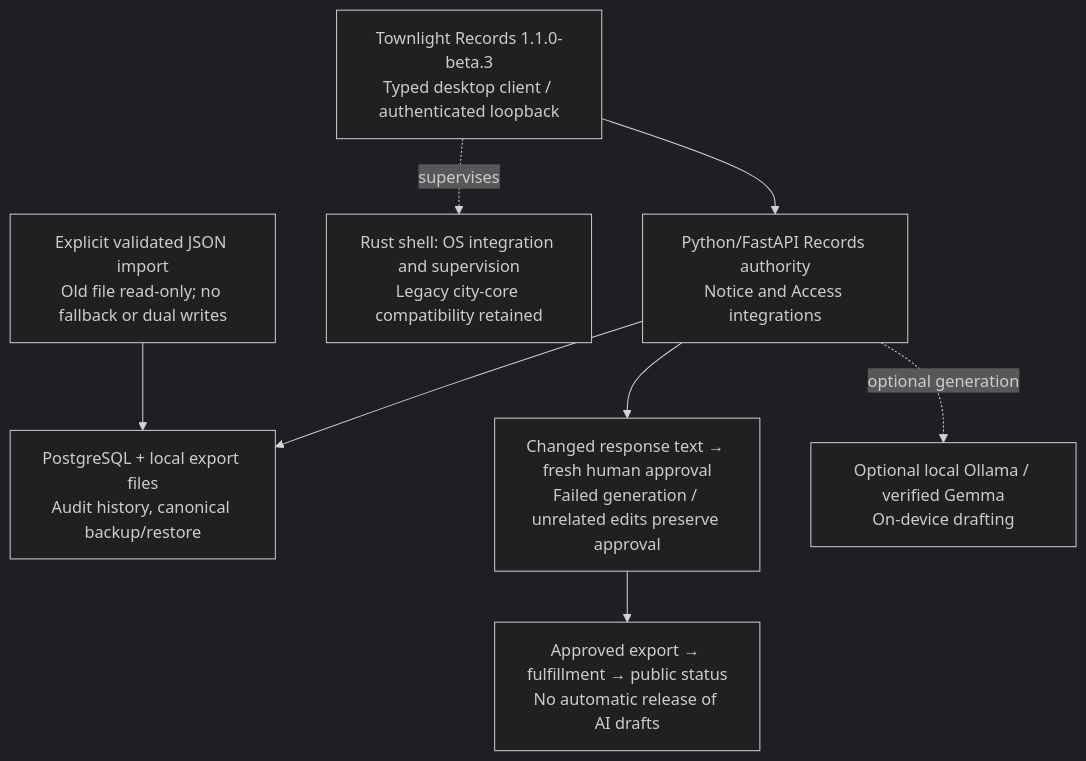
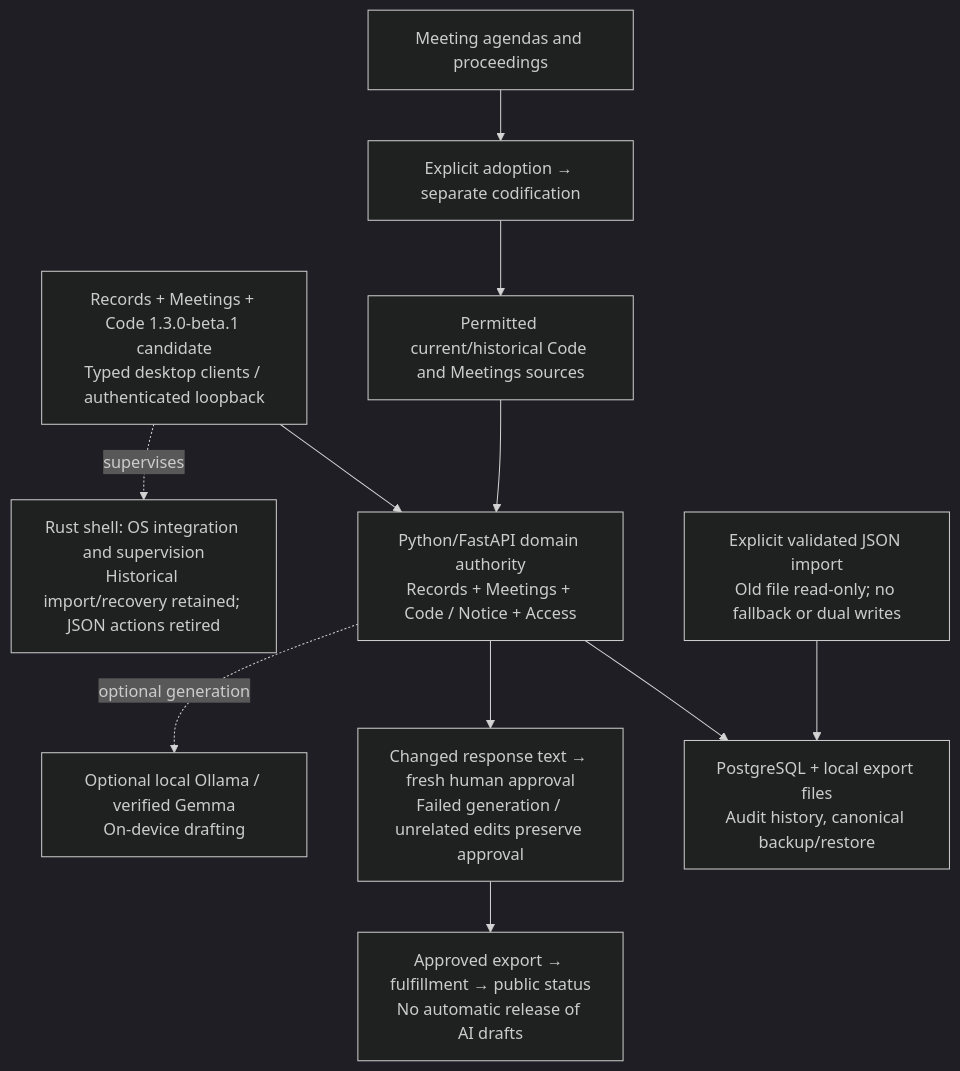
Before and after one commit to townlight/townlight: the diagram in docs/diagrams/suite-architecture.mmd, drawn with Mermaid (dark theme). The commit also changed 28 other files, not shown here.

Commit message:
chore(release): prepare connected Code beta candidate and existing gates

```diff
--- a/docs/diagrams/suite-architecture.mmd
+++ b/docs/diagrams/suite-architecture.mmd
@@ -1,15 +1,18 @@
 flowchart TB
-    UI["Townlight Records 1.1.0-beta.3<br/>Typed desktop client / authenticated loopback"]
-    Domain["Python/FastAPI Records authority<br/>Notice and Access integrations"]
+    UI["Records + Meetings + Code 1.3.0-beta.1 candidate<br/>Typed desktop clients / authenticated loopback"]
+    Domain["Python/FastAPI domain authority<br/>Records + Meetings + Code / Notice + Access"]
     State["PostgreSQL + local export files<br/>Audit history, canonical backup/restore"]
     Review["Changed response text → fresh human approval<br/>Failed generation / unrelated edits preserve approval"]
     Release["Approved export → fulfillment → public status<br/>No automatic release of AI drafts"]
-    Runtime["Rust shell: OS integration and supervision<br/>Legacy city-core compatibility retained"]
+    Runtime["Rust shell: OS integration and supervision<br/>Historical import/recovery retained; JSON actions retired"]
     Import["Explicit validated JSON import<br/>Old file read-only; no fallback or dual writes"]
     AI["Optional local Ollama / verified Gemma<br/>On-device drafting"]
     UI --> Domain
     Domain --> State
+    Meetings["Meeting agendas and proceedings"] --> Decisions["Explicit adoption → separate codification"]
+    Decisions --> Sources["Permitted current/historical Code and Meetings sources"]
+    Sources --> Domain
     Import --> State
     Domain --> Review --> Release
     UI -. supervises .-> Runtime
     Domain -. optional generation .-> AI
```
